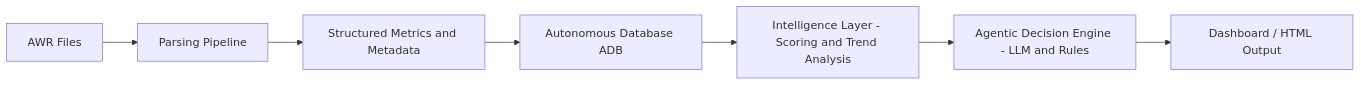
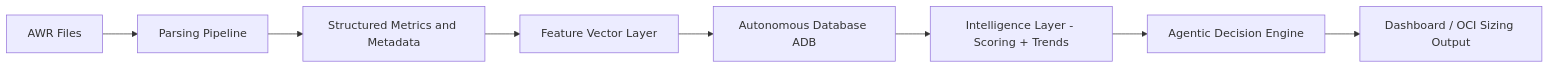
Before and after one commit to PeterR-ORCL/agentic-ai-awr-advisor: the diagram in README.md, drawn with Mermaid. The commit also changed other lines of this file, not shown here.

Commit message:
README version with architecture, feature vectors, and trend engine

````diff
--- a/README.md
+++ b/README.md
@@ -46,9 +82,10 @@
 ```mermaid
 flowchart LR
     A[AWR Files] --> B[Parsing Pipeline]
     B --> C[Structured Metrics and Metadata]
-    C --> D[Autonomous Database ADB]
-    D --> E[Intelligence Layer - Scoring and Trend Analysis]
-    E --> F[Agentic Decision Engine - LLM and Rules]
-    F --> G[Dashboard / HTML Output]
+    C --> D[Feature Vector Layer]
+    D --> E[Autonomous Database ADB]
+    E --> F[Intelligence Layer - Scoring + Trends]
+    F --> G[Agentic Decision Engine]
+    G --> H[Dashboard / OCI Sizing Output]
 ```
````
